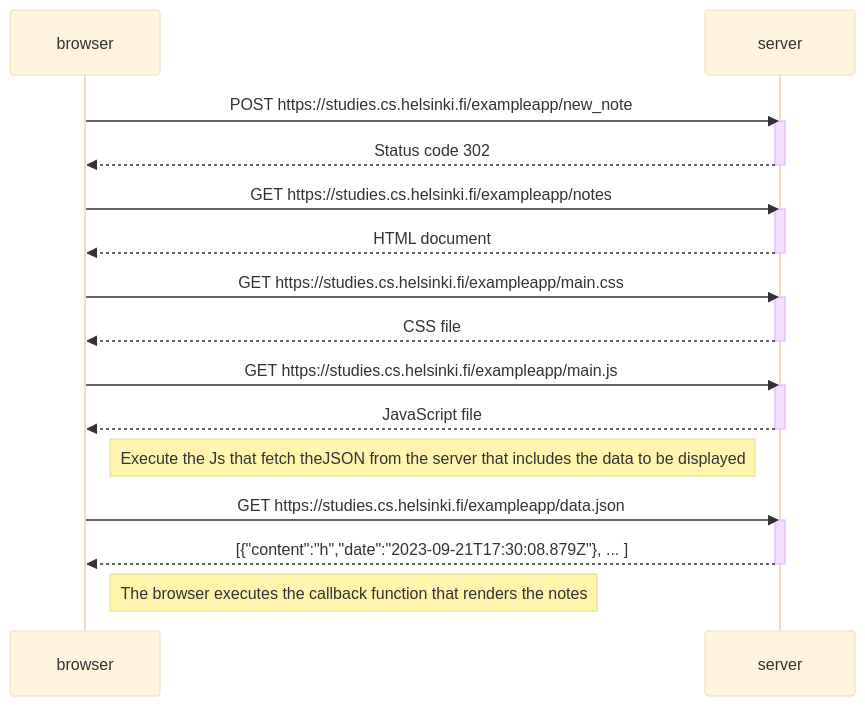
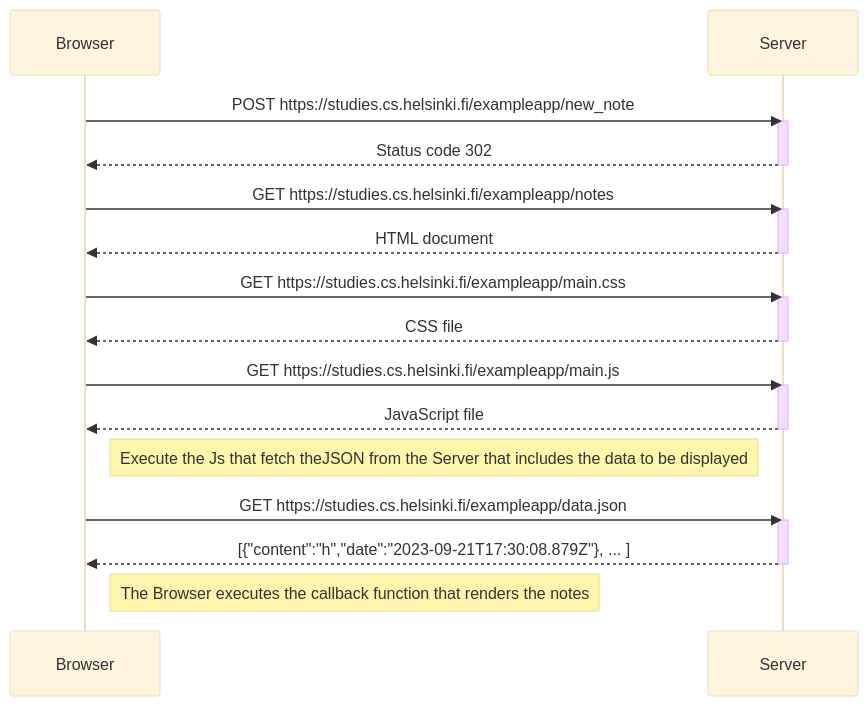
Before and after one commit to Khalentello/FullStackOpen: the diagram in part0/0.4NewNoteDiagram.mmd, drawn with Mermaid (base theme).

```diff
--- a/part0/0.4NewNoteDiagram.mmd
+++ b/part0/0.4NewNoteDiagram.mmd
@@ -1,33 +1,33 @@
 sequenceDiagram
-    participant browser
-    participant server
+    participant Browser
+    participant Server
 
-    browser->>server: POST https://studies.cs.helsinki.fi/exampleapp/new_note
-    activate server
-    server-->>browser: Status code 302
-    deactivate server
+    Browser->>Server: POST https://studies.cs.helsinki.fi/exampleapp/new_note
+    activate Server
+    Server-->>Browser: Status code 302
+    deactivate Server
 
-    browser->>server: GET https://studies.cs.helsinki.fi/exampleapp/notes
-    activate server
-    server-->>browser: HTML document
-    deactivate server
+    Browser->>Server: GET https://studies.cs.helsinki.fi/exampleapp/notes
+    activate Server
+    Server-->>Browser: HTML document
+    deactivate Server
 
-    browser->>server: GET https://studies.cs.helsinki.fi/exampleapp/main.css
-    activate server
-    server-->>browser: CSS file
-    deactivate server
+    Browser->>Server: GET https://studies.cs.helsinki.fi/exampleapp/main.css
+    activate Server
+    Server-->>Browser: CSS file
+    deactivate Server
 
-    browser->>server: GET https://studies.cs.helsinki.fi/exampleapp/main.js
-    activate server
-    server-->>browser: JavaScript file
-    deactivate server
+    Browser->>Server: GET https://studies.cs.helsinki.fi/exampleapp/main.js
+    activate Server
+    Server-->>Browser: JavaScript file
+    deactivate Server
 
-    Note right of browser: Execute the Js that fetch theJSON from the server that includes the data to be displayed
+    Note right of Browser: Execute the Js that fetch theJSON from the Server that includes the data to be displayed
 
-    browser->>server: GET https://studies.cs.helsinki.fi/exampleapp/data.json
-    activate server
-    server-->>browser: [{"content":"h","date":"2023-09-21T17:30:08.879Z"}, ... ]
+    Browser->>Server: GET https://studies.cs.helsinki.fi/exampleapp/data.json
+    activate Server
+    Server-->>Browser: [{"content":"h","date":"2023-09-21T17:30:08.879Z"}, ... ]
     
-    deactivate server
+    deactivate Server
 
-    Note right of browser: The browser executes the callback function that renders the notes
+    Note right of Browser: The Browser executes the callback function that renders the notes
```
